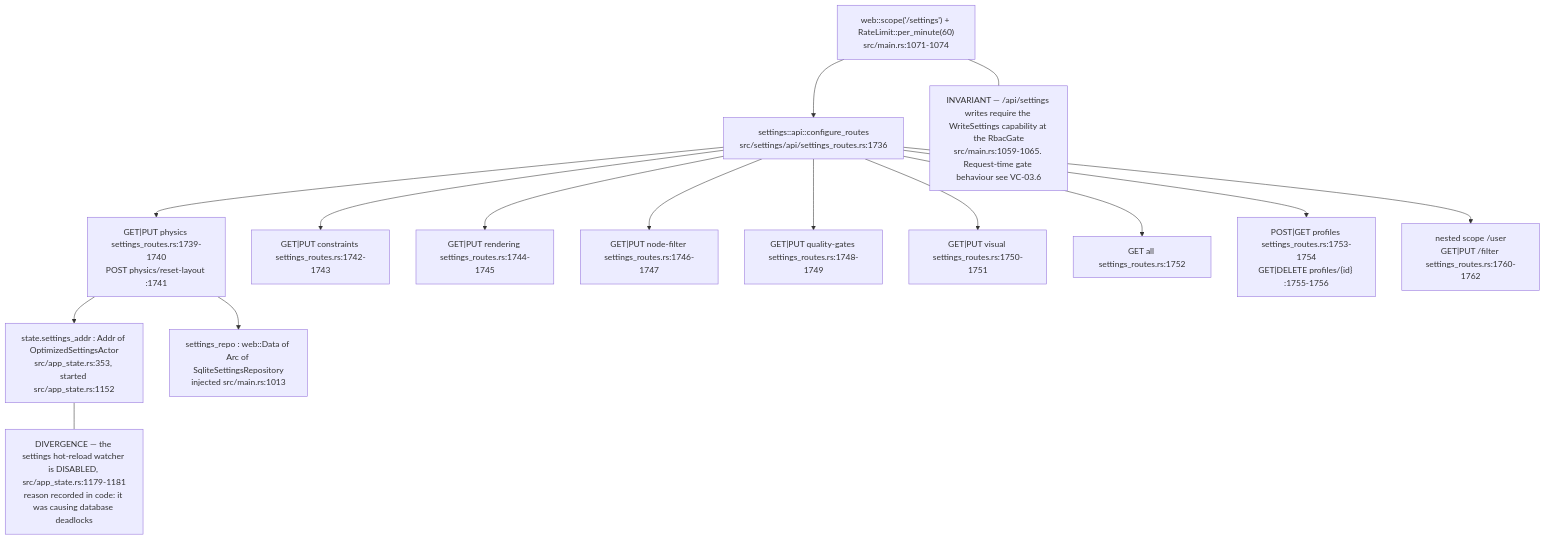
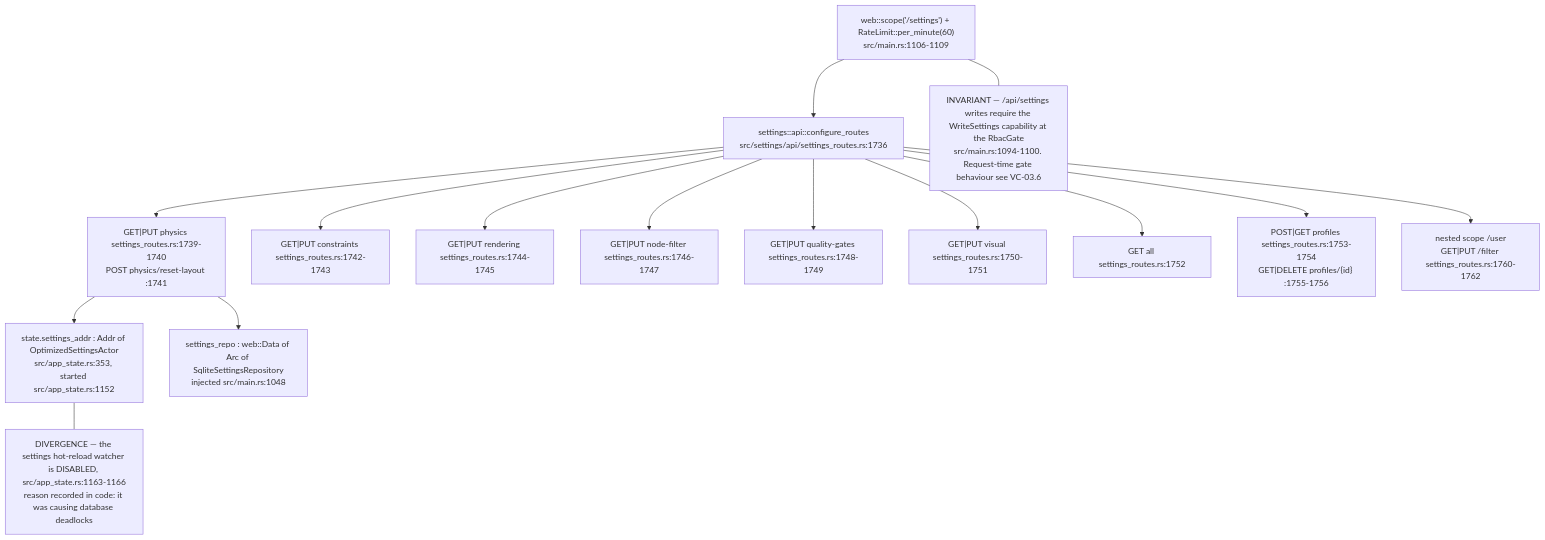
Before and after one commit to DreamLab-AI/VisionFlow: the first of 10 diagrams in docs/diagrams/visionclaw/06-settings-round-trip.md, drawn with Mermaid. The commit also changed other lines of this file and 32 other files, not shown here.

````diff
--- a/docs/diagrams/visionclaw/06-settings-round-trip.md
+++ b/docs/diagrams/visionclaw/06-settings-round-trip.md
@@ -33,22 +33,22 @@
 ```mermaid
 flowchart TB
-    S["web::scope('/settings') + RateLimit::per_minute(60)<br/>src/main.rs:1071-1074"]
+    S["web::scope('/settings') + RateLimit::per_minute(60)<br/>src/main.rs:1106-1109"]
     S --> CFG["settings::api::configure_routes<br/>src/settings/api/settings_routes.rs:1736"]
     CFG --> P["GET|PUT physics settings_routes.rs:1739-1740<br/>POST physics/reset-layout :1741"]
     CFG --> C["GET|PUT constraints settings_routes.rs:1742-1743"]
     CFG --> R["GET|PUT rendering settings_routes.rs:1744-1745"]
     CFG --> NF["GET|PUT node-filter settings_routes.rs:1746-1747"]
     CFG --> QG["GET|PUT quality-gates settings_routes.rs:1748-1749"]
     CFG --> V["GET|PUT visual settings_routes.rs:1750-1751"]
     CFG --> AL["GET all settings_routes.rs:1752"]
     CFG --> PR["POST|GET profiles settings_routes.rs:1753-1754<br/>GET|DELETE profiles/{id} :1755-1756"]
     CFG --> U["nested scope /user<br/>GET|PUT /filter settings_routes.rs:1760-1762"]
     ACT["state.settings_addr : Addr of OptimizedSettingsActor<br/>src/app_state.rs:353, started src/app_state.rs:1152"]
-    REPO["settings_repo : web::Data of Arc of SqliteSettingsRepository<br/>injected src/main.rs:1013"]
+    REPO["settings_repo : web::Data of Arc of SqliteSettingsRepository<br/>injected src/main.rs:1048"]
     P --> ACT
     P --> REPO
-    N1["INVARIANT — /api/settings writes require the WriteSettings capability at the RbacGate<br/>src/main.rs:1059-1065. Request-time gate behaviour see VC-03.6"]
+    N1["INVARIANT — /api/settings writes require the WriteSettings capability at the RbacGate<br/>src/main.rs:1094-1100. Request-time gate behaviour see VC-03.6"]
     S --- N1
-    N2["DIVERGENCE — the settings hot-reload watcher is DISABLED, src/app_state.rs:1179-1181<br/>reason recorded in code: it was causing database deadlocks"]
+    N2["DIVERGENCE — the settings hot-reload watcher is DISABLED, src/app_state.rs:1163-1166<br/>reason recorded in code: it was causing database deadlocks"]
     ACT --- N2
 ```
````
